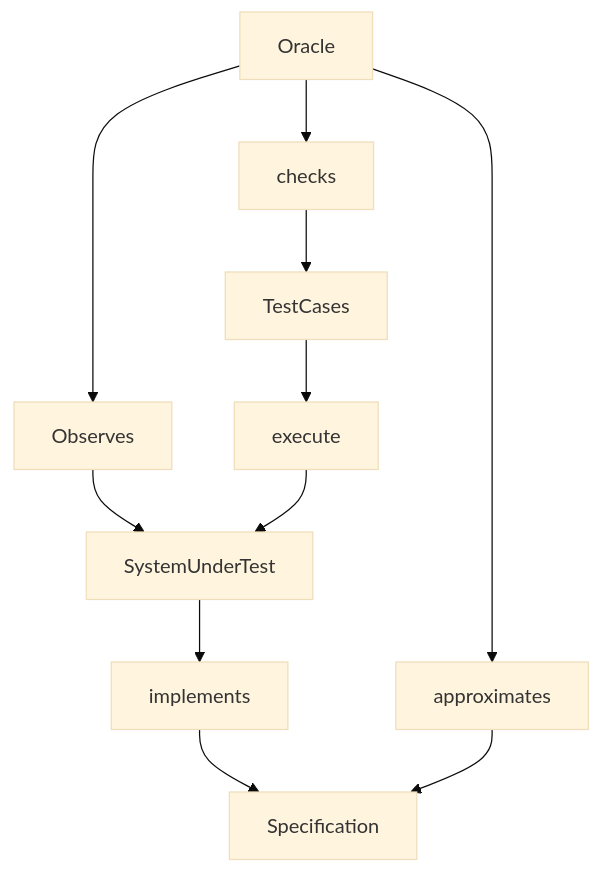
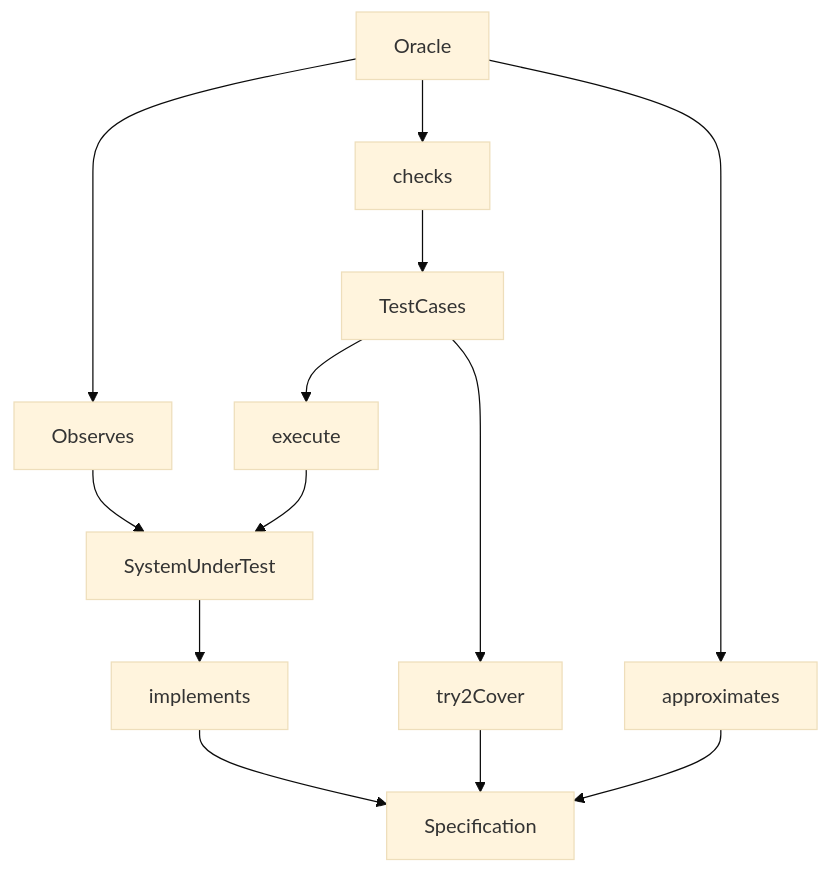
The diagram in README.md (hajer78945/eng5), drawn with Mermaid (base theme) before and after one commit.

````diff
--- a/README.md
+++ b/README.md
@@ -123,9 +123,9 @@
 ```mermaid
 graph TD;
 	SystemUnderTest --> implements --> Specification
 	Oracle --> Observes --> SystemUnderTest
     TestCases --> execute --> SystemUnderTest
 	Oracle --> checks --> TestCases
 	Oracle --> approximates --> Specification
-		
+	TestCases --> try2Cover --> Specification	
 ```
````
